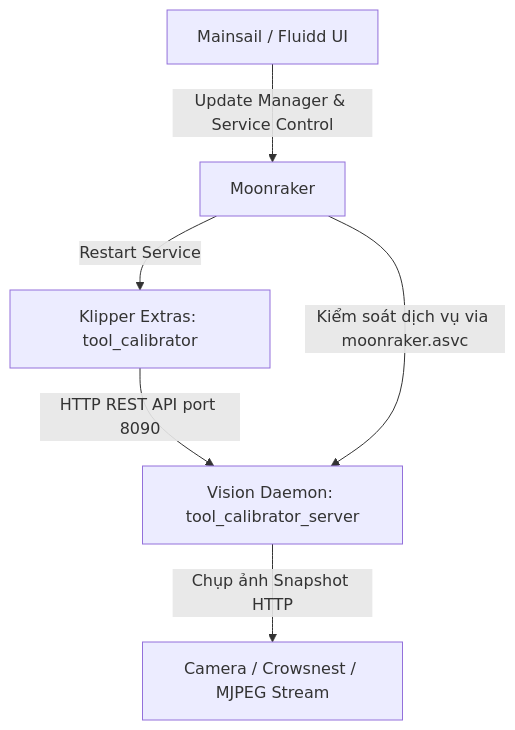
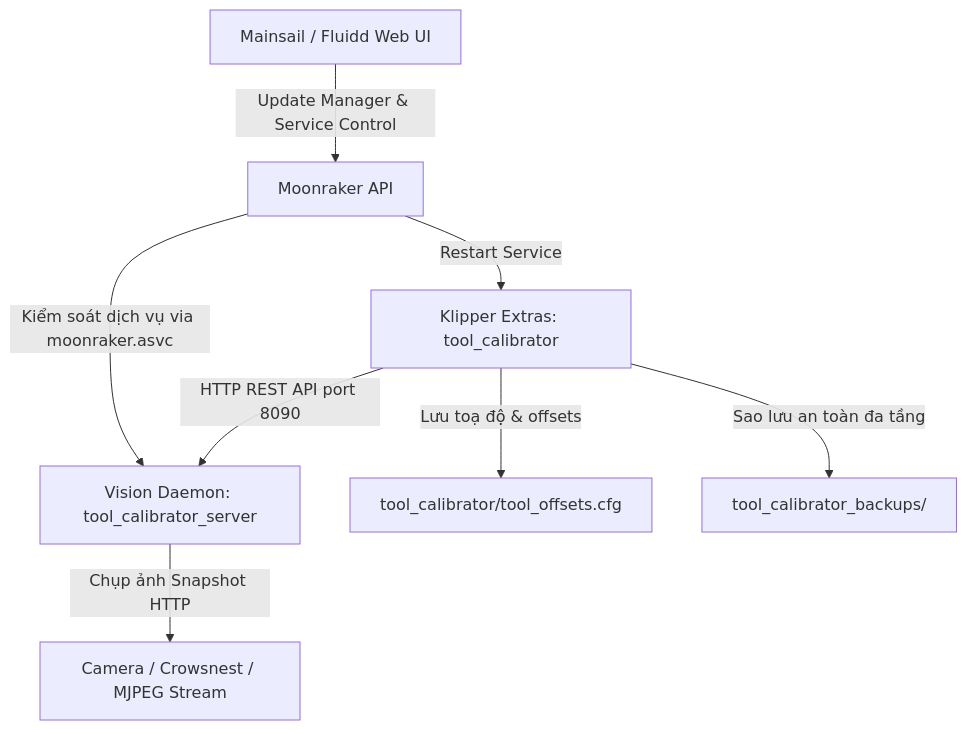
One commit to IDcrazy123/Tool-Klipper-Calibration changed the diagram in docs/HUONG_DAN_CAI_DAT_VA_CAP_NHAT.md. Above: the diagram before and after it, drawn with Mermaid. The commit also changed other lines of this file and 3 other files, not shown here.

````diff
--- a/docs/HUONG_DAN_CAI_DAT_VA_CAP_NHAT.md
+++ b/docs/HUONG_DAN_CAI_DAT_VA_CAP_NHAT.md
@@ -12,8 +12,10 @@
 ```mermaid
 graph TD
     A[Klipper Extras: tool_calibrator] -->|HTTP REST API port 8090| B[Vision Daemon: tool_calibrator_server]
     B -->|Chụp ảnh Snapshot HTTP| C[Camera / Crowsnest / MJPEG Stream]
-    D[Mainsail / Fluidd UI] -->|Update Manager & Service Control| E[Moonraker]
+    D[Mainsail / Fluidd Web UI] -->|Update Manager & Service Control| E[Moonraker API]
     E -->|Kiểm soát dịch vụ via moonraker.asvc| B
     E -->|Restart Service| A
+    A -->|Lưu toạ độ & offsets| F[tool_calibrator/tool_offsets.cfg]
+    A -->|Sao lưu an toàn đa tầng| G[tool_calibrator_backups/]
 ```
````
